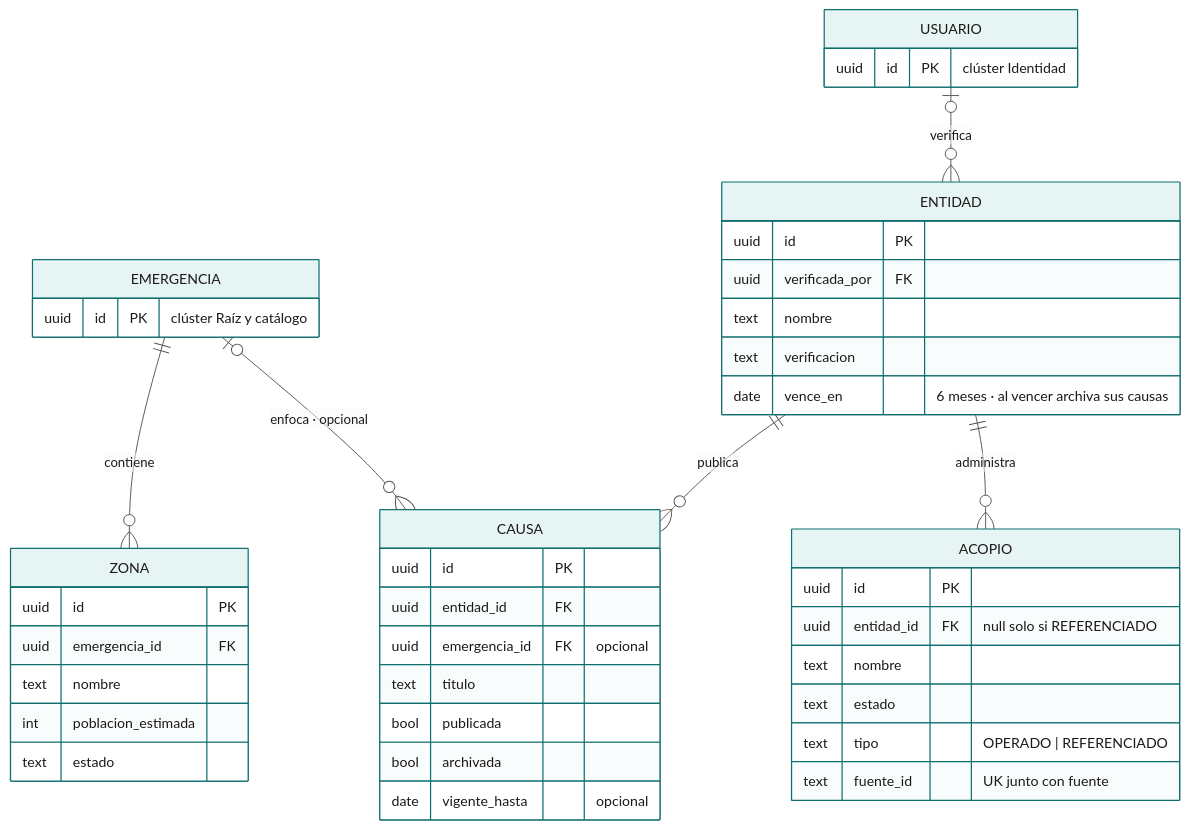
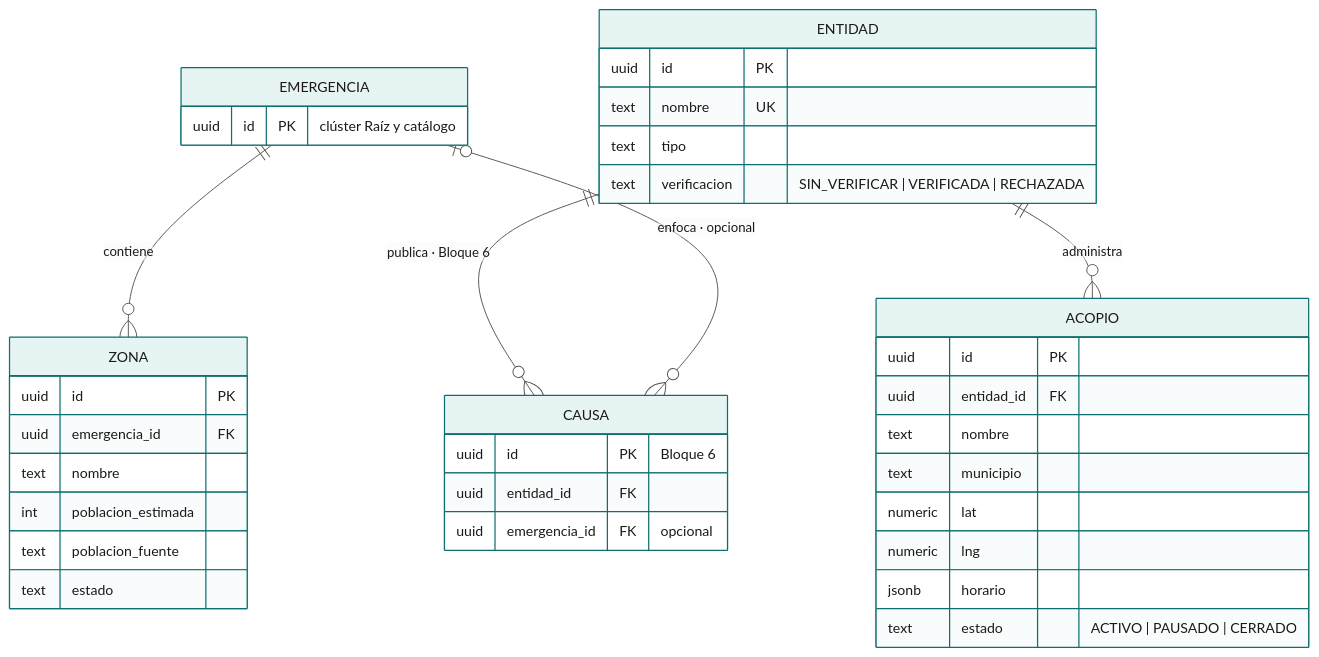
One commit to Proyecto-IngSoftware/acopio changed the diagram in docs/02-arquitectura/diagramas/mmd/er-02-red.mmd. Above: the diagram before and after it, drawn with Mermaid. The commit also changed 62 other files, not shown here.

First line of the commit message:
Bóveda: documentación al día tras el Bloque 3, sin Lovable y con la fuente ANDI

```diff
--- a/docs/02-arquitectura/diagramas/mmd/er-02-red.mmd
+++ b/docs/02-arquitectura/diagramas/mmd/er-02-red.mmd
@@ -1,45 +1,39 @@
 %%{init: {"theme":"base","themeVariables":{"fontFamily":"Inter, Segoe UI, Arial, sans-serif","fontSize":"15px","primaryColor":"#E6F4F4","primaryTextColor":"#1C1917","primaryBorderColor":"#0F6E6E","secondaryColor":"#C7E8E8","tertiaryColor":"#FAFAF9","lineColor":"#57534E","textColor":"#1C1917","mainBkg":"#E6F4F4","nodeBorder":"#0F6E6E","clusterBkg":"#F5F5F4","clusterBorder":"#A8A29E","edgeLabelBackground":"#FFFFFF","attributeBackgroundColorOdd":"#FFFFFF","attributeBackgroundColorEven":"#F5F5F4"},"er":{"useMaxWidth":false},"flowchart":{"useMaxWidth":false,"htmlLabels":true,"curve":"basis"}}}%%
 erDiagram
     EMERGENCIA ||--o{ ZONA : contiene
+    ENTIDAD ||--o{ ACOPIO : administra
+    ENTIDAD ||--o{ CAUSA : "publica · Bloque 6"
     EMERGENCIA |o--o{ CAUSA : "enfoca · opcional"
-    ENTIDAD ||--o{ CAUSA : publica
-    ENTIDAD ||--o{ ACOPIO : administra
-    USUARIO |o--o{ ENTIDAD : verifica
 
     EMERGENCIA {
         uuid id PK "clúster Raíz y catálogo"
     }
-    USUARIO {
-        uuid id PK "clúster Identidad"
-    }
     ENTIDAD {
         uuid id PK
-        uuid verificada_por FK
-        text nombre
-        text verificacion
-        date vence_en "6 meses · al vencer archiva sus causas"
-    }
-    CAUSA {
-        uuid id PK
-        uuid entidad_id FK
-        uuid emergencia_id FK "opcional"
-        text titulo
-        bool publicada
-        bool archivada
-        date vigente_hasta "opcional"
+        text nombre UK
+        text tipo
+        text verificacion "SIN_VERIFICAR | VERIFICADA | RECHAZADA"
     }
     ACOPIO {
         uuid id PK
-        uuid entidad_id FK "null solo si REFERENCIADO"
+        uuid entidad_id FK
         text nombre
-        text estado
-        text tipo "OPERADO | REFERENCIADO"
-        text fuente_id "UK junto con fuente"
+        text municipio
+        numeric lat
+        numeric lng
+        jsonb horario
+        text estado "ACTIVO | PAUSADO | CERRADO"
     }
     ZONA {
         uuid id PK
         uuid emergencia_id FK
         text nombre
         int poblacion_estimada
+        text poblacion_fuente
         text estado
     }
+    CAUSA {
+        uuid id PK "Bloque 6"
+        uuid entidad_id FK
+        uuid emergencia_id FK "opcional"
+    }
```
